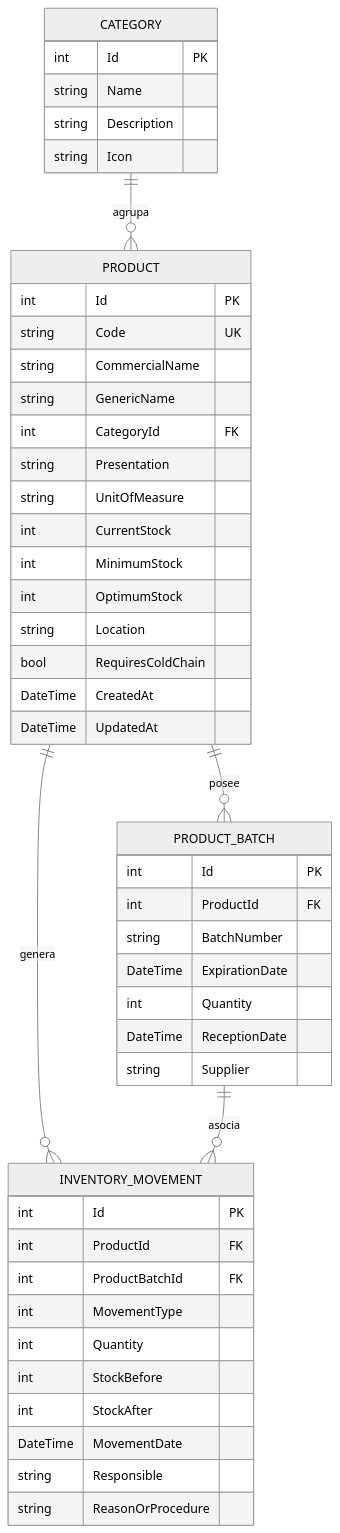
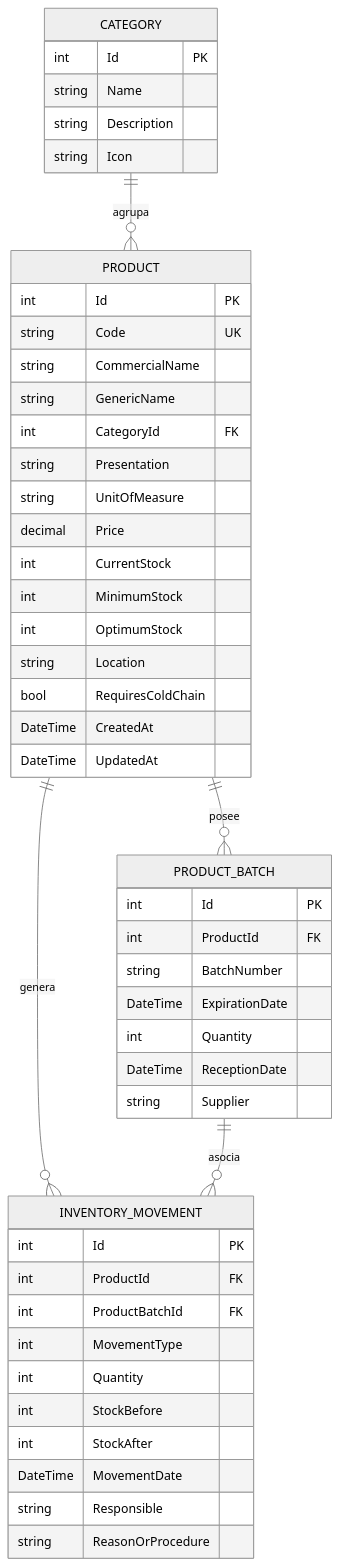
One commit to Marioalr/TPVC changed the second of 3 diagrams in docs/ARQUITECTURA_TECNICA.md. Above: the diagram before and after it, drawn with Mermaid (neutral theme). The commit also changed other lines of this file and 25 other files, not shown here.

````diff
--- a/docs/ARQUITECTURA_TECNICA.md
+++ b/docs/ARQUITECTURA_TECNICA.md
@@ -33,54 +33,55 @@
 ```mermaid
 erDiagram
     CATEGORY ||--o{ PRODUCT : "agrupa"
     PRODUCT ||--o{ PRODUCT_BATCH : "posee"
     PRODUCT ||--o{ INVENTORY_MOVEMENT : "genera"
     PRODUCT_BATCH ||--o{ INVENTORY_MOVEMENT : "asocia"
 
     CATEGORY {
         int Id PK
         string Name
         string Description
         string Icon
     }
 
     PRODUCT {
         int Id PK
         string Code UK
         string CommercialName
         string GenericName
         int CategoryId FK
         string Presentation
         string UnitOfMeasure
+        decimal Price
         int CurrentStock
         int MinimumStock
         int OptimumStock
         string Location
         bool RequiresColdChain
         DateTime CreatedAt
         DateTime UpdatedAt
     }
 
     PRODUCT_BATCH {
         int Id PK
         int ProductId FK
         string BatchNumber
         DateTime ExpirationDate
         int Quantity
         DateTime ReceptionDate
         string Supplier
     }
 
     INVENTORY_MOVEMENT {
         int Id PK
         int ProductId FK
         int ProductBatchId FK
         int MovementType
         int Quantity
         int StockBefore
         int StockAfter
         DateTime MovementDate
         string Responsible
         string ReasonOrProcedure
     }
 ```
````
